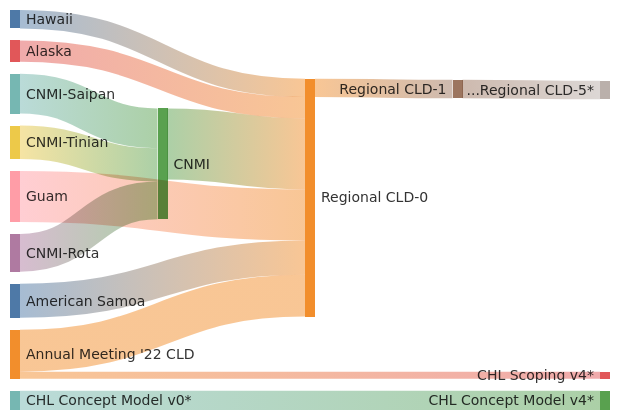
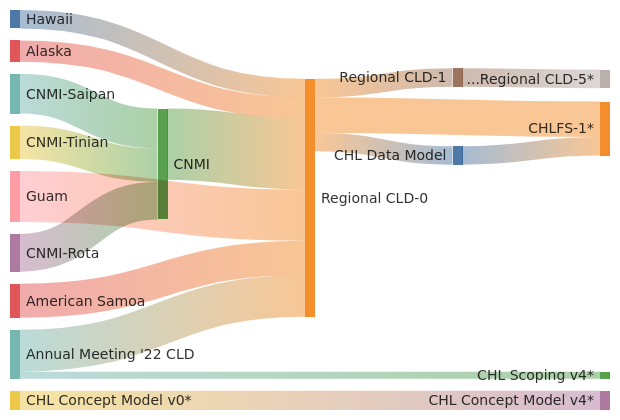
Before and after one commit to CBSDLab/sandbox-mermaid: the diagram in CHLFS.md, drawn with Mermaid.

````diff
--- a/CHLFS.md
+++ b/CHLFS.md
@@ -1,24 +1,27 @@
 ```mermaid
 ---
 config:
   sankey:
     showValues: false
 ---
 sankey-beta
 
 
 
 Hawaii,Regional CLD-0,26
 Alaska,Regional CLD-0,30
 CNMI-Saipan,CNMI,56
 CNMI-Tinian,CNMI,47
 CNMI-Rota,CNMI,53
 CNMI,Regional CLD-0,100
 Guam,Regional CLD-0,72
 Regional CLD-0,Regional CLD-1,26
 Regional CLD-1,...Regional CLD-5*,26
+Regional CLD-0,CHL Data Model,26
+CHL Data Model,CHLFS-1*,26
+Regional CLD-0,CHLFS-1*,50
 American Samoa,Regional CLD-0,48
 Annual Meeting '22 CLD,Regional CLD-0,59
 Annual Meeting '22 CLD,CHL Scoping v4*,10
 CHL Concept Model v0*,CHL Concept Model v4*,27 
 ```
````
